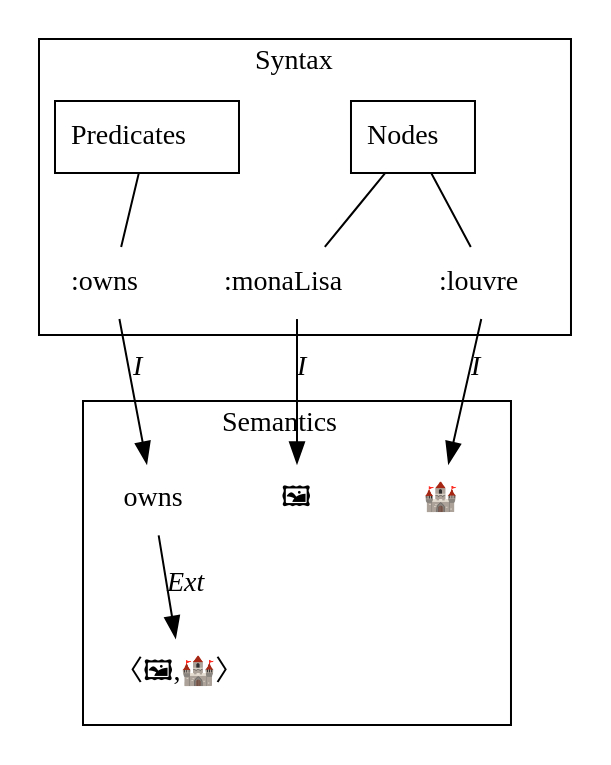
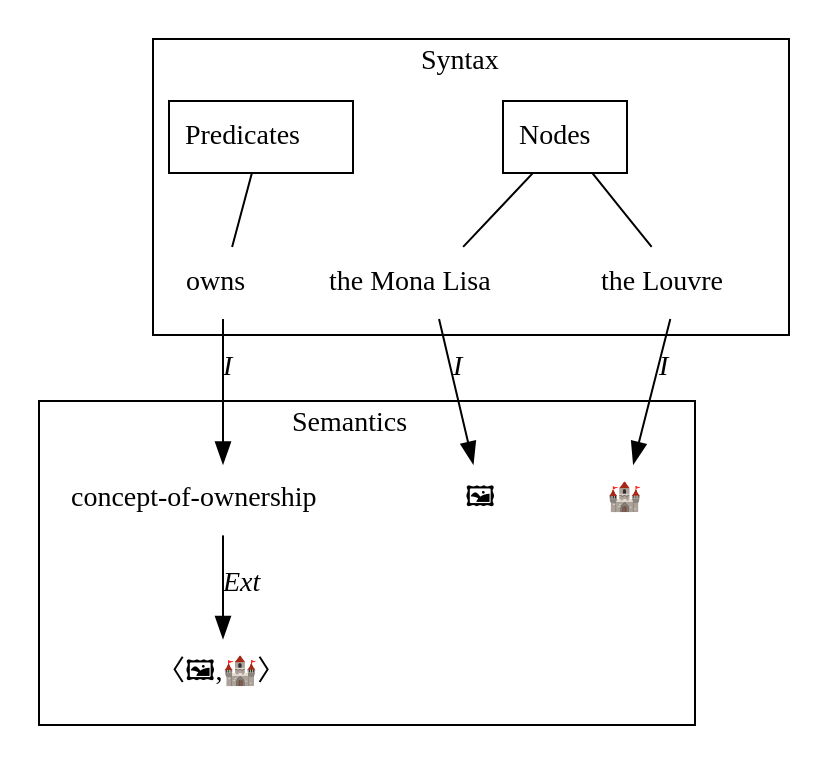
The diagram in resource/img/web-semantics/example-false.dot (wouterbeek/wouterbeek.github.io), drawn with Graphviz before and after one commit. The commit also changed 5 other files, not shown here.

```diff
--- a/resource/img/web-semantics/example-false.dot
+++ b/resource/img/web-semantics/example-false.dot
@@ -1,25 +1,25 @@
 digraph g {
   subgraph cluster_0 {
     label=<Syntax>;
     nodes [label=<Nodes>,shape="rect"];
     predicates [label=<Predicates>,shape="rect"];
-    louvreName [label=<:louvre>,shape="none"];
-    ownsName [label=<:owns>,shape="none"];
-    monaLisaName [label=<:monaLisa>,shape="none"];
+    louvreName [label=<the Louvre>,shape="none"];
+    ownsName [label=<owns>,shape="none"];
+    monaLisaName [label=<the Mona Lisa>,shape="none"];
   }
   subgraph cluster_1 {
     label=<Semantics>;
     louvre [label=<🏰>,shape="none"];
-    owns [label=<owns>,shape="none"];
+    conceptOfOwnership [label=<concept-of-ownership>,shape="none"];
     monaLisa [label=<🖼>,shape="none"];
     ext [label=<〈🖼,🏰〉>,shape="none"];
   }
   nodes -> louvreName [dir="none"];
   nodes -> monaLisaName [dir="none"];
   louvreName -> louvre [label=<<i>I</i>>];
   monaLisaName -> monaLisa [label=<<i>I</i>>];
 
   predicates -> ownsName [dir="none"];
-  ownsName -> owns [label=<<i>I</i>>];
-  owns -> ext [label=<<i>Ext</i>>];
+  ownsName -> conceptOfOwnership [label=<<i>I</i>>];
+  conceptOfOwnership -> ext [label=<<i>Ext</i>>];
 }
```
